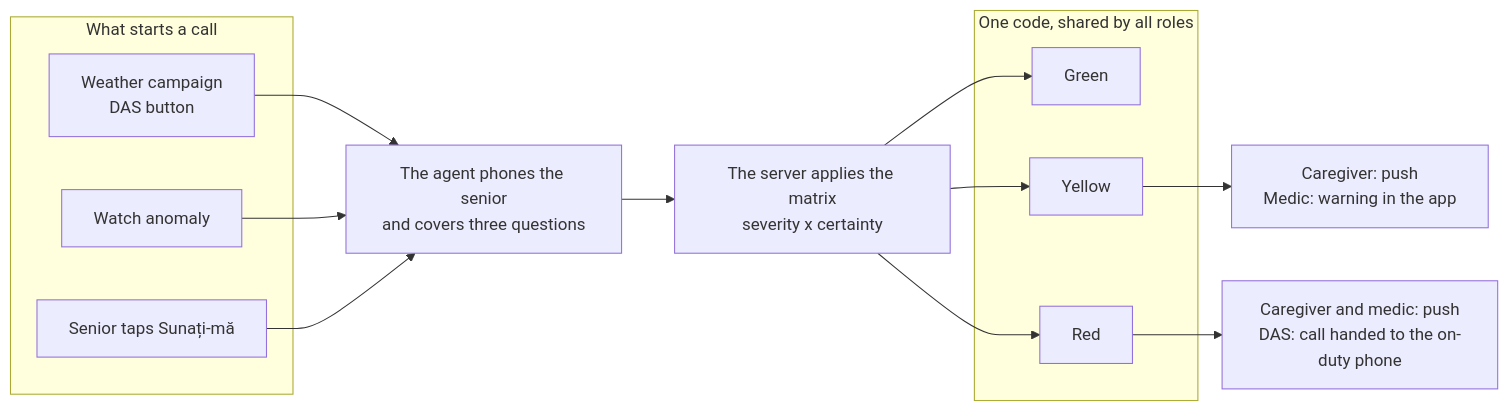
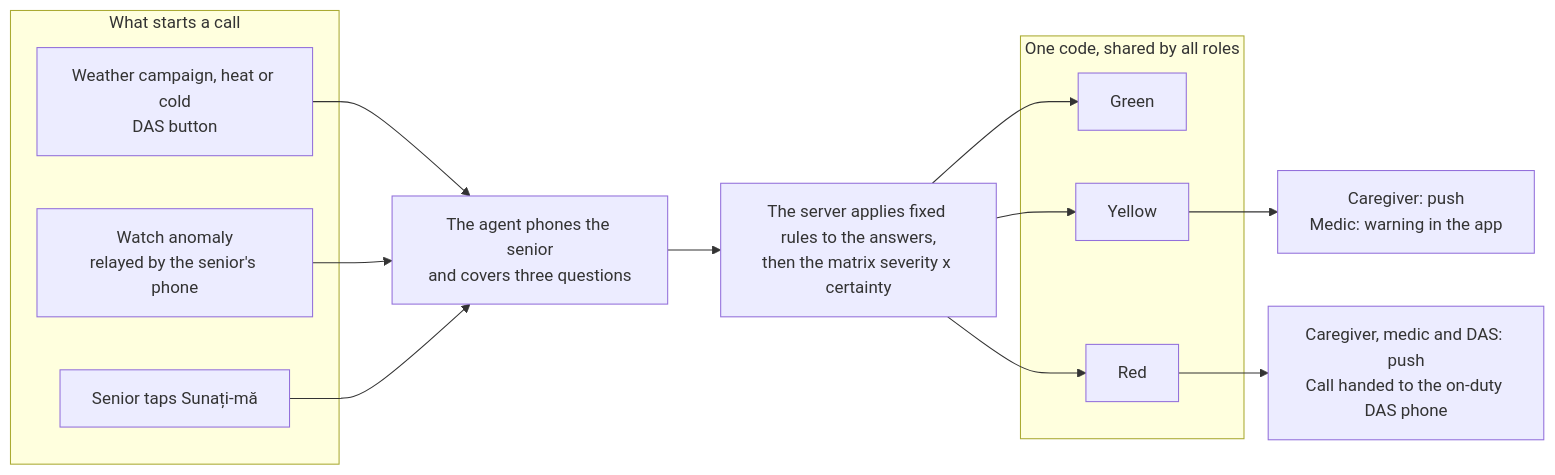
Before and after one commit to paulhondola/EchoCare: the diagram in docs/specs/sentinela/README.md, drawn with Mermaid. The commit also changed other lines of this file and 6 other files, not shown here.

First line of the commit message:
Revise Sentinela MVP architecture and rules

````diff
--- a/docs/specs/sentinela/README.md
+++ b/docs/specs/sentinela/README.md
@@ -13,30 +13,30 @@
 ```mermaid
 flowchart LR
     subgraph TRIG["What starts a call"]
-        T1["Weather campaign<br/>DAS button"]
-        T2["Watch anomaly"]
+        T1["Weather campaign, heat or cold<br/>DAS button"]
+        T2["Watch anomaly<br/>relayed by the senior's phone"]
         T3["Senior taps Sunați-mă"]
     end
 
     CALLN["The agent phones the senior<br/>and covers three questions"]
-    MAT["The server applies the matrix<br/>severity x certainty"]
+    MAT["The server applies fixed rules to the answers,<br/>then the matrix severity x certainty"]
 
     subgraph CODES["One code, shared by all roles"]
         G["Green"]
         Y["Yellow"]
         R["Red"]
     end
 
     YA["Caregiver: push<br/>Medic: warning in the app"]
-    RA["Caregiver and medic: push<br/>DAS: call handed to the on-duty phone"]
+    RA["Caregiver, medic and DAS: push<br/>Call handed to the on-duty DAS phone"]
 
     T1 --> CALLN
     T2 --> CALLN
     T3 --> CALLN
     CALLN --> MAT
     MAT --> G
     MAT --> Y
     MAT --> R
     Y --> YA
     R --> RA
 ```
````
